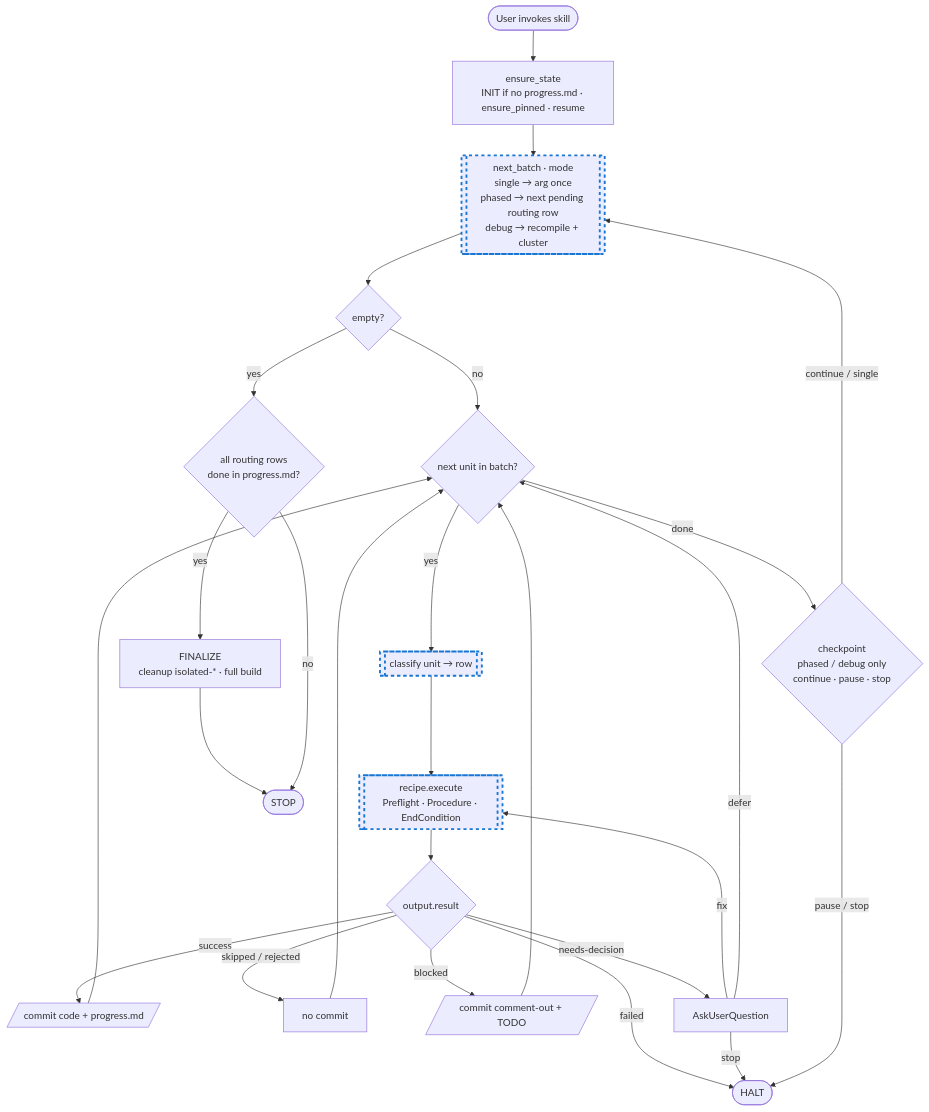
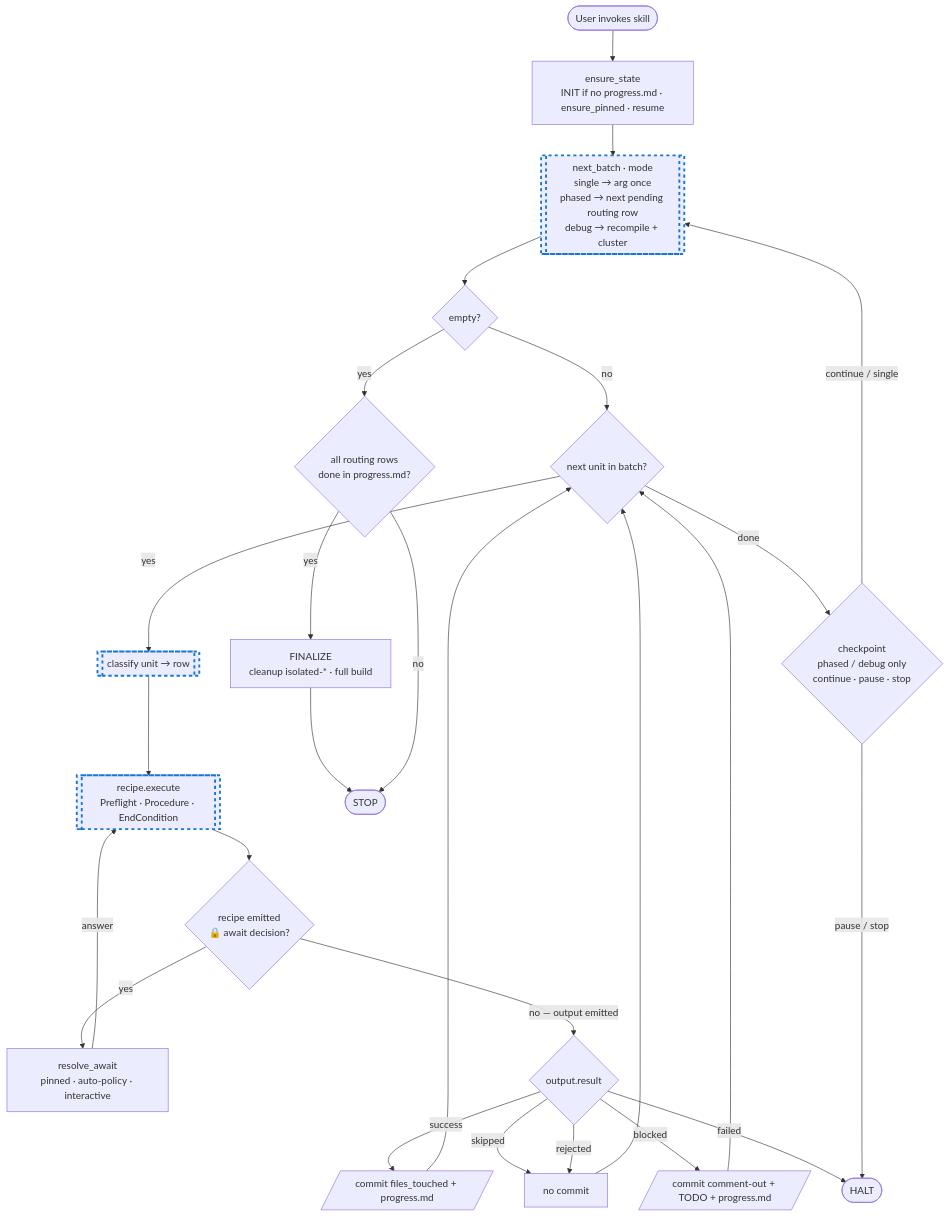
Before and after one commit to AxonIQ/agent-skills: the diagram in skills/axon4to5-migrate/SKILL.md, drawn with Mermaid. The commit also changed other lines of this file and 15 other files, not shown here.

````diff
--- a/skills/axon4to5-migrate/SKILL.md
+++ b/skills/axon4to5-migrate/SKILL.md
@@ -90,51 +109,53 @@
 ```mermaid
 flowchart TD
     Start([User invokes skill])
     State[ensure_state<br/>INIT if no progress.md · ensure_pinned · resume]
 
     NextBatch[["next_batch · mode<br/>single → arg once<br/>phased → next pending routing row<br/>debug → recompile + cluster"]]
     Empty{empty?}
 
     InnerLoop{next unit in batch?}
     Classify[[classify unit → row]]
     Recipe[[recipe.execute<br/>Preflight · Procedure · EndCondition]]
+    AwaitDecision{recipe emitted<br/>🔒 await decision?}
+    Resolve[resolve_await<br/>pinned · auto-policy · interactive]
     Act{output.result}
 
-    Commit[/commit code + progress.md/]
+    Commit[/commit files_touched + progress.md/]
     NoCommit[no commit]
-    CommitBlocked[/commit comment-out + TODO/]
-    Ask[AskUserQuestion]
+    CommitBlocked[/commit comment-out + TODO + progress.md/]
 
     Checkpoint{checkpoint<br/>phased / debug only<br/>continue · pause · stop}
 
     WrapUp{all routing rows<br/>done in progress.md?}
     Finalize[FINALIZE<br/>cleanup isolated-* · full build]
     Stop([STOP])
     Halt([HALT])
 
     Start --> State --> NextBatch --> Empty
     Empty -->|yes| WrapUp
     Empty -->|no| InnerLoop
 
-    InnerLoop -->|yes| Classify --> Recipe --> Act
+    InnerLoop -->|yes| Classify --> Recipe --> AwaitDecision
     InnerLoop -->|done| Checkpoint
 
+    AwaitDecision -->|yes| Resolve
+    AwaitDecision -->|no — output emitted| Act
+
+    Resolve -->|answer| Recipe
+
     Act -->|success| Commit --> InnerLoop
-    Act -->|skipped / rejected| NoCommit --> InnerLoop
+    Act -->|skipped| NoCommit --> InnerLoop
+    Act -->|rejected| NoCommit
     Act -->|blocked| CommitBlocked --> InnerLoop
-    Act -->|needs-decision| Ask
     Act -->|failed| Halt
-
-    Ask -->|fix| Recipe
-    Ask -->|defer| InnerLoop
-    Ask -->|stop| Halt
 
     Checkpoint -->|continue / single| NextBatch
     Checkpoint -->|pause / stop| Halt
 
     WrapUp -->|yes| Finalize --> Stop
     WrapUp -->|no| Stop
 
     classDef subagent stroke:#1976d2,stroke-width:3px,stroke-dasharray:5 5
     class NextBatch,Classify,Recipe subagent
 ```
````
